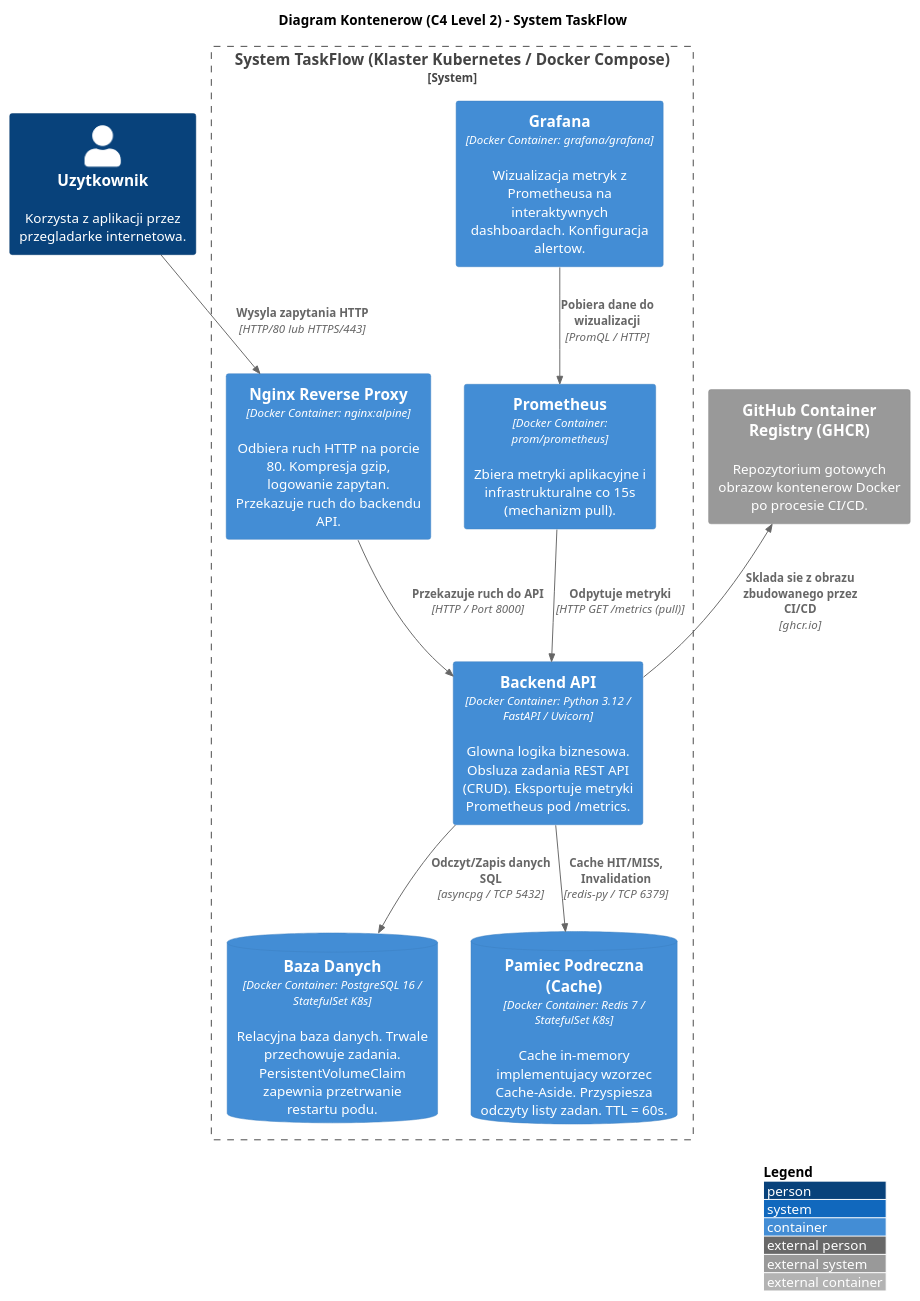
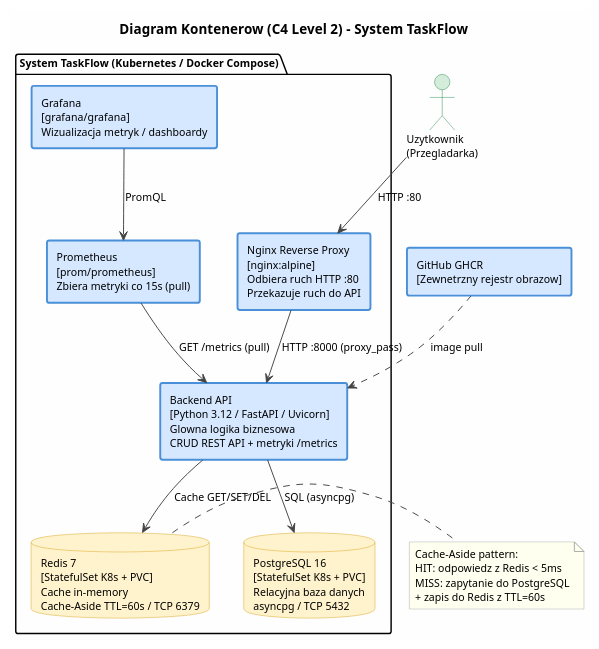
The diagram in diagrams/c4_container_diagram.puml (jfzs7/taskflow), drawn with PlantUML before and after one commit. The commit also changed 18 other files, not shown here.

```diff
--- a/diagrams/c4_container_diagram.puml
+++ b/diagrams/c4_container_diagram.puml
@@ -1,46 +1,59 @@
 @startuml C4_Container_Diagram_TaskFlow
-!include https://raw.githubusercontent.com/plantuml-stdlib/C4-PlantUML/master/C4_Container.puml
+
+skinparam backgroundColor #FEFEFE
+skinparam defaultFontName Arial
+skinparam defaultFontSize 11
+
+skinparam rectangle {
+    BackgroundColor #D6E8FF
+    BorderColor #4A90D9
+    BorderThickness 2
+}
+skinparam database {
+    BackgroundColor #FFF3CD
+    BorderColor #DAA520
+}
+skinparam actor {
+    BackgroundColor #D4EDDA
+    BorderColor #2E8B57
+}
+skinparam ArrowColor #444444
+skinparam NoteBorderColor #AAAAAA
+skinparam NoteBackgroundColor #FFFFF0
 
 title Diagram Kontenerow (C4 Level 2) - System TaskFlow
 
-LAYOUT_WITH_LEGEND()
+actor "Uzytkownik\n(Przegladarka)" as user
+rectangle "GitHub GHCR\n[Zewnetrzny rejestr obrazow]" as ghcr
 
-' ===== OSOBY / AKTORZY =====
-Person(user, "Uzytkownik", "Korzysta z aplikacji przez przegladarke internetowa.")
+package "System TaskFlow (Kubernetes / Docker Compose)" {
 
-' ===== SYSTEM ZEWNETRZNY =====
-System_Ext(docker_registry, "GitHub Container Registry (GHCR)", "Repozytorium gotowych obrazow kontenerow Docker po procesie CI/CD.")
+    rectangle "Nginx Reverse Proxy\n[nginx:alpine]\nOdbiera ruch HTTP :80\nPrzekazuje ruch do API" as nginx
 
-' ===== GRANICA SYSTEMU: KLASTER KUBERNETES / DOCKER COMPOSE =====
-System_Boundary(taskflow_system, "System TaskFlow (Klaster Kubernetes / Docker Compose)") {
+    rectangle "Backend API\n[Python 3.12 / FastAPI / Uvicorn]\nGlowna logika biznesowa\nCRUD REST API + metryki /metrics" as api
 
-    ' --- Warstwa Ingress / Proxy ---
-    Container(nginx, "Nginx Reverse Proxy", "Docker Container: nginx:alpine", "Odbiera ruch HTTP na porcie 80. Kompresja gzip, logowanie zapytan. Przekazuje ruch do backendu API.")
+    database "PostgreSQL 16\n[StatefulSet K8s + PVC]\nRelacyjna baza danych\nasyncpg / TCP 5432" as postgres
 
-    ' --- Warstwa Aplikacji ---
-    Container(api, "Backend API", "Docker Container: Python 3.12 / FastAPI / Uvicorn", "Glowna logika biznesowa. Obsluza zadania REST API (CRUD). Eksportuje metryki Prometheus pod /metrics.")
+    database "Redis 7\n[StatefulSet K8s + PVC]\nCache in-memory\nCache-Aside TTL=60s / TCP 6379" as redis
 
-    ' --- Warstwa Danych ---
-    ContainerDb(postgres, "Baza Danych", "Docker Container: PostgreSQL 16 / StatefulSet K8s", "Relacyjna baza danych. Trwale przechowuje zadania. PersistentVolumeClaim zapewnia przetrwanie restartu podu.")
+    rectangle "Prometheus\n[prom/prometheus]\nZbiera metryki co 15s (pull)" as prometheus
 
-    ContainerDb(redis, "Pamiec Podreczna (Cache)", "Docker Container: Redis 7 / StatefulSet K8s", "Cache in-memory implementujacy wzorzec Cache-Aside. Przyspiesza odczyty listy zadan. TTL = 60s.")
-
-    ' --- Warstwa Monitoringu ---
-    Container(prometheus, "Prometheus", "Docker Container: prom/prometheus", "Zbiera metryki aplikacyjne i infrastrukturalne co 15s (mechanizm pull).")
-
-    Container(grafana, "Grafana", "Docker Container: grafana/grafana", "Wizualizacja metryk z Prometheusa na interaktywnych dashboardach. Konfiguracja alertow.")
+    rectangle "Grafana\n[grafana/grafana]\nWizualizacja metryk / dashboardy" as grafana
 }
 
-' ===== RELACJE =====
-Rel(user, nginx, "Wysyla zapytania HTTP", "HTTP/80 lub HTTPS/443")
-Rel(nginx, api, "Przekazuje ruch do API", "HTTP / Port 8000")
+user --> nginx : "HTTP :80"
+nginx --> api : "HTTP :8000 (proxy_pass)"
+api --> postgres : "SQL (asyncpg)"
+api --> redis : "Cache GET/SET/DEL"
+prometheus --> api : "GET /metrics (pull)"
+grafana --> prometheus : "PromQL"
+ghcr ..> api : "image pull"
 
-Rel(api, postgres, "Odczyt/Zapis danych SQL", "asyncpg / TCP 5432")
-Rel(api, redis, "Cache HIT/MISS, Invalidation", "redis-py / TCP 6379")
-
-Rel(prometheus, api, "Odpytuje metryki", "HTTP GET /metrics (pull)")
-Rel(grafana, prometheus, "Pobiera dane do wizualizacji", "PromQL / HTTP")
-
-Rel_Back(docker_registry, api, "Sklada sie z obrazu zbudowanego przez CI/CD", "ghcr.io")
+note right of redis
+  Cache-Aside pattern:
+  HIT: odpowiedz z Redis < 5ms
+  MISS: zapytanie do PostgreSQL
+  + zapis do Redis z TTL=60s
+end note
 
 @enduml
```
